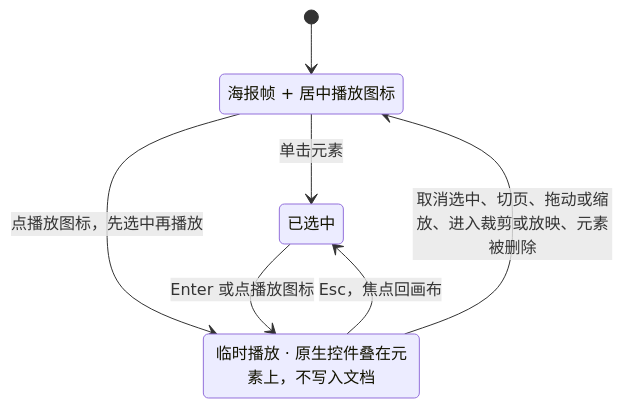
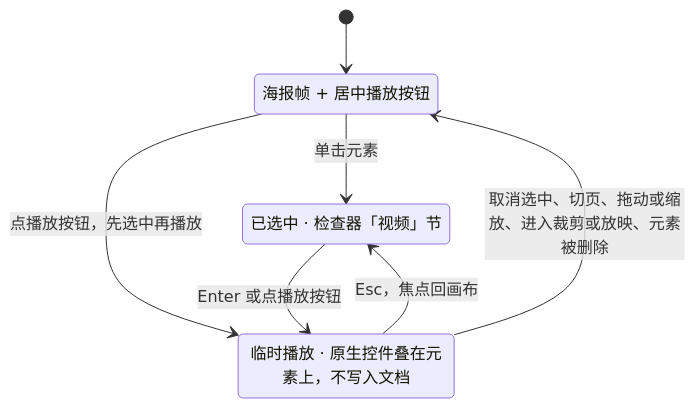
The third of 3 diagrams in docs/20-design/03-screens/18-image-editing.md (Xeonice/cordis-ppt-editor), drawn with Mermaid before and after one commit. The commit also changed other lines of this file and 44 other files, not shown here.

````diff
--- a/docs/20-design/03-screens/18-image-editing.md
+++ b/docs/20-design/03-screens/18-image-editing.md
@@ -121,12 +325,12 @@
 ```mermaid
 stateDiagram-v2
-  state "海报帧 + 居中播放图标" as poster
-  state "已选中" as selected
+  state "海报帧 + 居中播放按钮" as poster
+  state "已选中 · 检查器「视频」节" as selected
   state "临时播放 · 原生控件叠在元素上，不写入文档" as playing
   [*] --> poster
   poster --> selected : 单击元素
-  poster --> playing : 点播放图标，先选中再播放
-  selected --> playing : Enter 或点播放图标
+  poster --> playing : 点播放按钮，先选中再播放
+  selected --> playing : Enter 或点播放按钮
   playing --> selected : Esc，焦点回画布
   playing --> poster : 取消选中、切页、拖动或缩放、进入裁剪或放映、元素被删除
 ```
````
